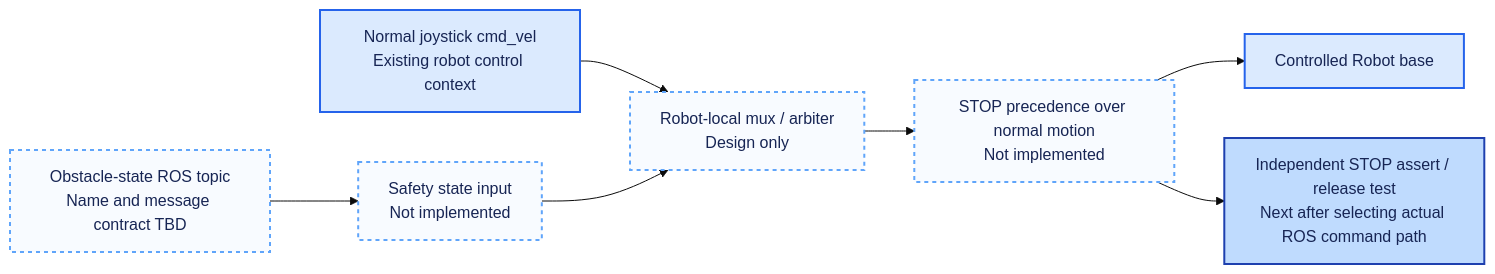
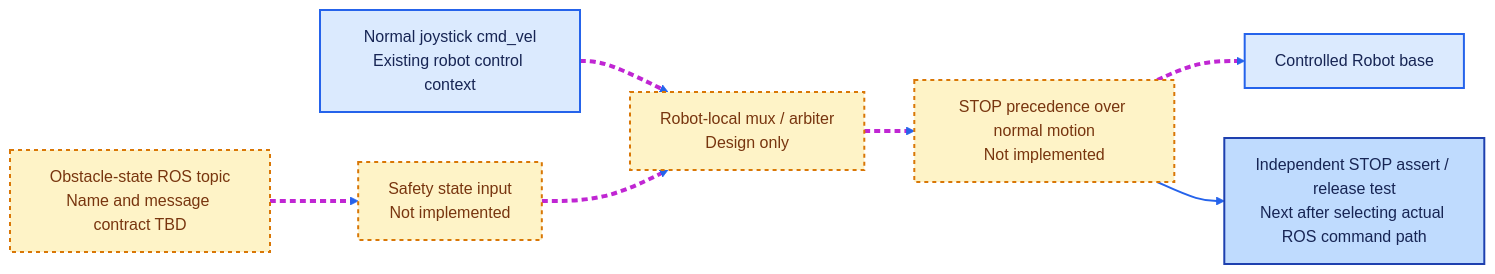
One commit to kirolossedra/RIS-Robotics changed diagram 13 of 21 in docs/architecture/system/progress.md. Above: the diagram before and after it, drawn with Mermaid (base theme). The commit also changed other lines of this file, not shown here.

````diff
--- a/docs/architecture/system/progress.md
+++ b/docs/architecture/system/progress.md
@@ -240,14 +288,17 @@
 ```mermaid
 flowchart LR
     JOY["Normal joystick cmd_vel<br/>Existing robot control context"] --> ARB["Robot-local mux / arbiter<br/>Design only"]
     TOPIC["Obstacle-state ROS topic<br/>Name and message contract TBD"] --> SAFETY["Safety state input<br/>Not implemented"] --> ARB
     ARB --> CMD["STOP precedence over normal motion<br/>Not implemented"] --> BASE["Controlled Robot base"]
     CMD --> TEST["Independent STOP assert / release test<br/>Next after selecting actual ROS command path"]
 
     classDef done fill:#dbeafe,stroke:#2563eb,color:#172554,stroke-width:2px;
-    classDef planned fill:#f8fbff,stroke:#60a5fa,color:#172554,stroke-width:2px,stroke-dasharray:4 4;
+    classDef work fill:#eff6ff,stroke:#2563eb,color:#172554,stroke-width:2px;
+    classDef planned fill:#fef3c7,stroke:#d97706,color:#78350f,stroke-width:2px,stroke-dasharray:4 4;
     classDef next fill:#bfdbfe,stroke:#1e40af,color:#172554,stroke-width:2px;
     class JOY,BASE done;
     class TOPIC,SAFETY,ARB,CMD planned;
     class TEST next;
+    linkStyle default stroke:#2563eb,stroke-width:2px;
+    linkStyle 0,1,2,3,4 stroke:#c026d3,stroke-width:4px,stroke-dasharray:6 4;
 ```
````
